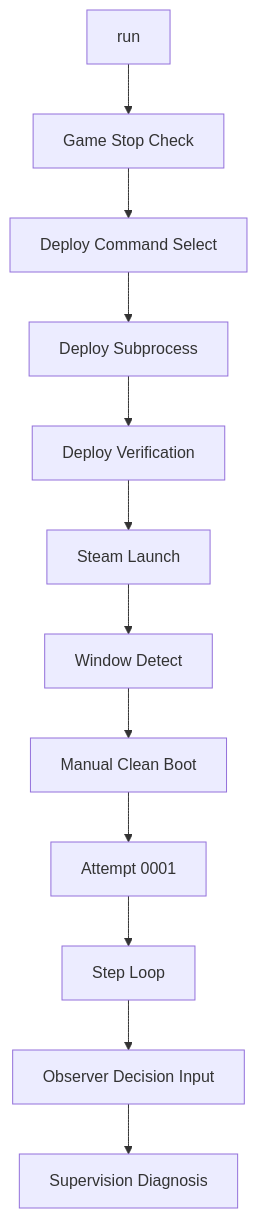
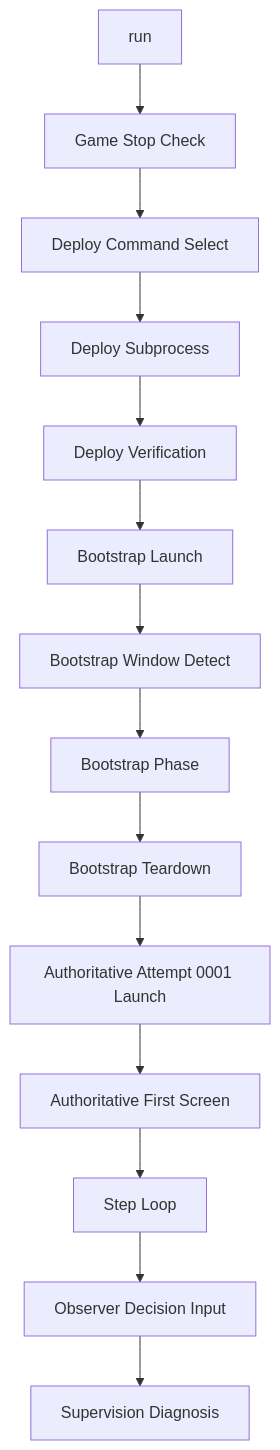
The diagram in docs/development/05-harness/STARTUP_DEPLOY_CONTROL_LAYER.md (jidon333/STS2_Mod_AI_Companion), drawn with Mermaid before and after one commit. The commit also changed other lines of this file and 5 other files, not shown here.

Commit message:
docs: align bootstrap-first milestone and accounting contract

````diff
--- a/docs/development/05-harness/STARTUP_DEPLOY_CONTROL_LAYER.md
+++ b/docs/development/05-harness/STARTUP_DEPLOY_CONTROL_LAYER.md
@@ -30,14 +32,16 @@
 ```mermaid
 flowchart TD
     A["run"] --> B["Game Stop Check"]
     B --> C["Deploy Command Select"]
     C --> D["Deploy Subprocess"]
     D --> E["Deploy Verification"]
-    E --> F["Steam Launch"]
-    F --> G["Window Detect"]
-    G --> H["Manual Clean Boot"]
-    H --> I["Attempt 0001"]
-    I --> J["Step Loop"]
-    J --> K["Observer Decision Input"]
-    K --> L["Supervision Diagnosis"]
+    E --> F["Bootstrap Launch"]
+    F --> G["Bootstrap Window Detect"]
+    G --> H["Bootstrap Phase"]
+    H --> I["Bootstrap Teardown"]
+    I --> J["Authoritative Attempt 0001 Launch"]
+    J --> K["Authoritative First Screen"]
+    K --> L["Step Loop"]
+    L --> M["Observer Decision Input"]
+    M --> N["Supervision Diagnosis"]
 ```
````
